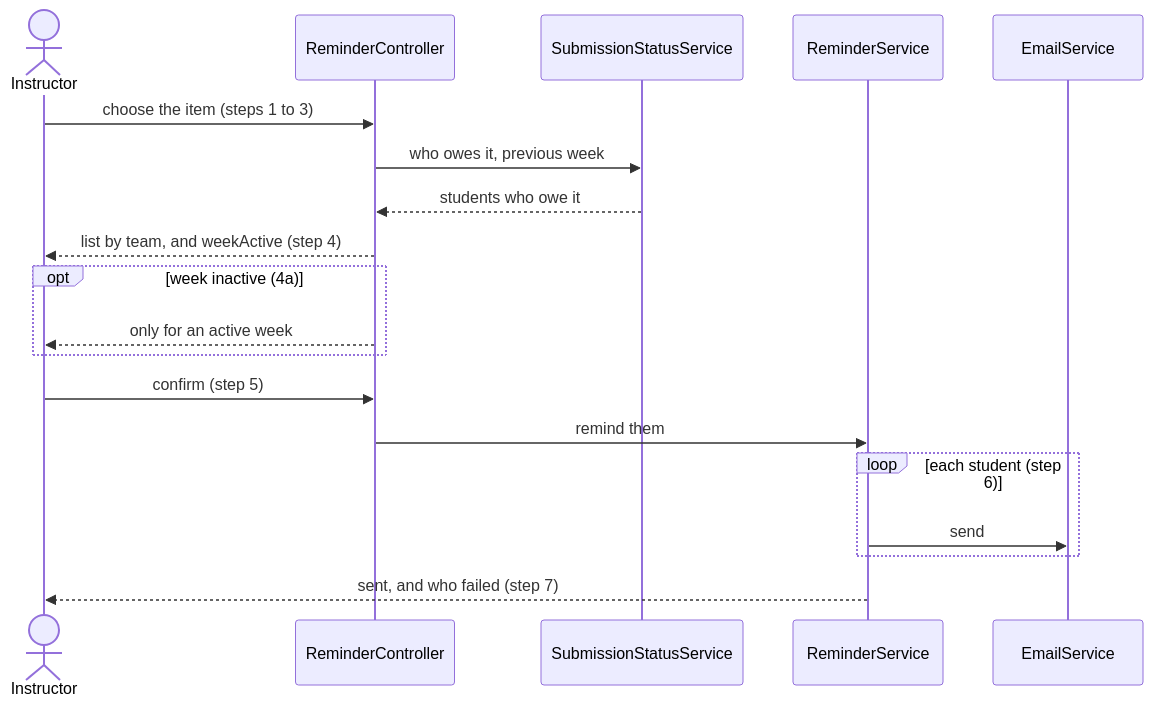
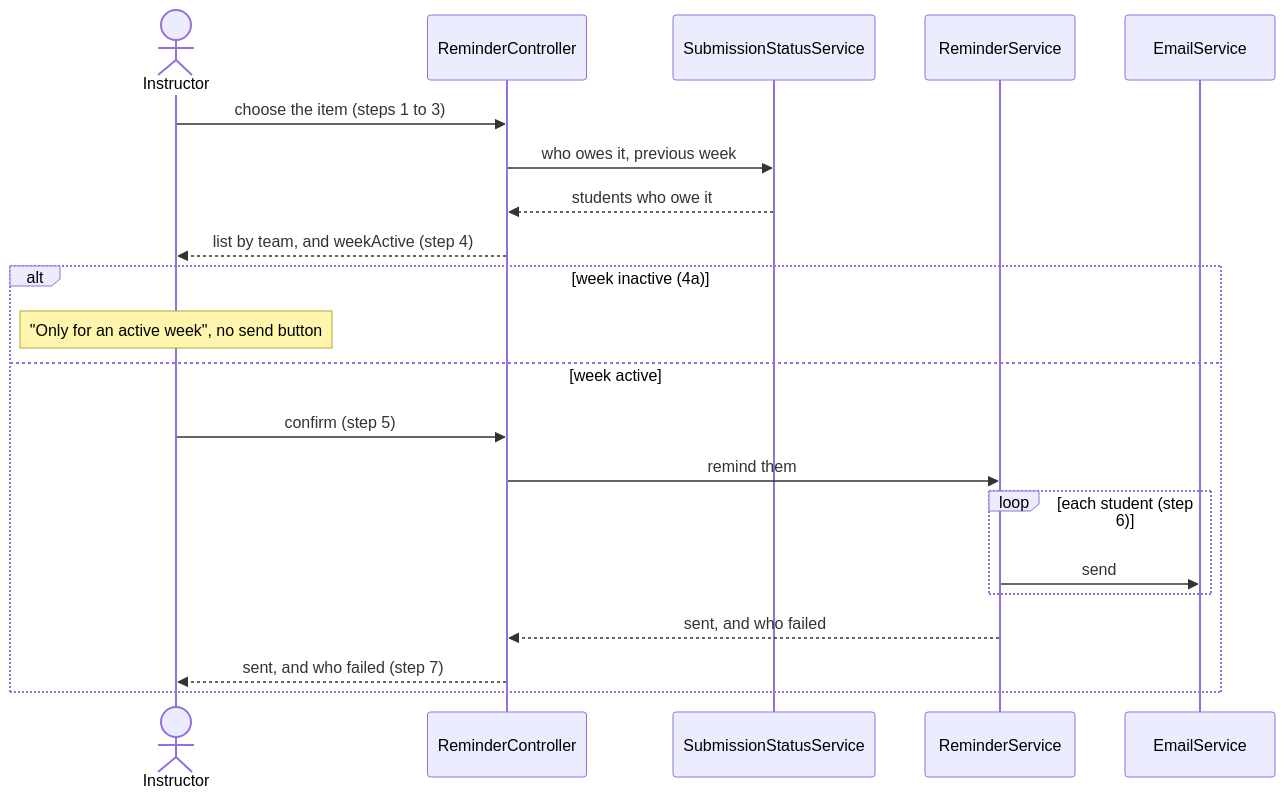
One commit to Washingtonwei/cosc-40943 changed the third of 4 diagrams in docs/slides/design-of-record.md. Above: the diagram before and after it, drawn with Mermaid. The commit also changed other lines of this file and 5 other files, not shown here.

````diff
--- a/docs/slides/design-of-record.md
+++ b/docs/slides/design-of-record.md
@@ -287,21 +287,23 @@
 ```mermaid
 sequenceDiagram
     actor I as Instructor
     participant RC as ReminderController
     participant SS as SubmissionStatusService
     participant RS as ReminderService
     participant EM as EmailService
     I->>RC: choose the item (steps 1 to 3)
     RC->>SS: who owes it, previous week
     SS-->>RC: students who owe it
     RC-->>I: list by team, and weekActive (step 4)
-    opt week inactive (4a)
-        RC-->>I: only for an active week
+    alt week inactive (4a)
+        Note over I: "Only for an active week", no send button
+    else week active
+        I->>RC: confirm (step 5)
+        RC->>RS: remind them
+        loop each student (step 6)
+            RS->>EM: send
+        end
+        RS-->>RC: sent, and who failed
+        RC-->>I: sent, and who failed (step 7)
     end
-    I->>RC: confirm (step 5)
-    RC->>RS: remind them
-    loop each student (step 6)
-        RS->>EM: send
-    end
-    RS-->>I: sent, and who failed (step 7)
 ```
````
